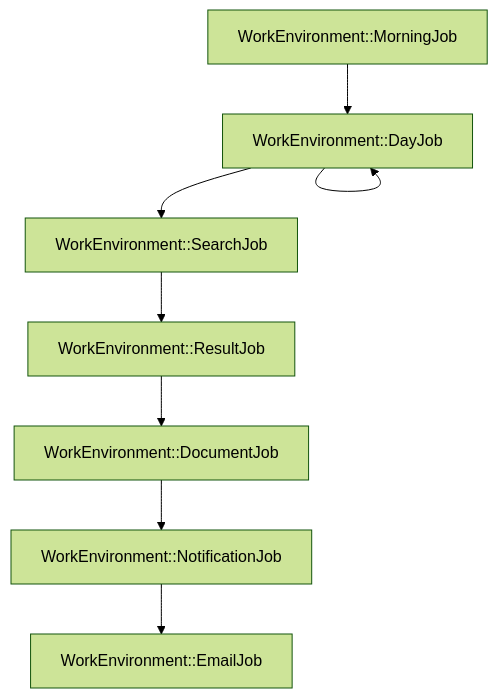
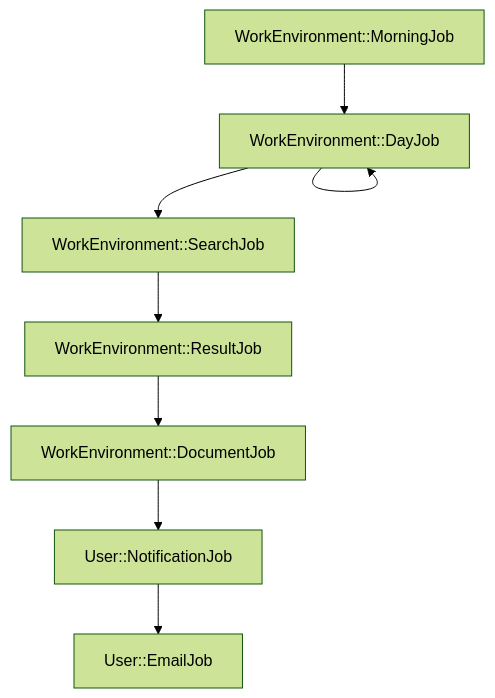
Before and after one commit to henrycatalinismith/666a.se: the diagram in app/pages/work-environment-jobs.en.md, drawn with Mermaid (forest theme). The commit also changed 32 other files, not shown here.

```diff
--- a/app/pages/work-environment-jobs.en.md
+++ b/app/pages/work-environment-jobs.en.md
@@ -9,11 +9,11 @@
   <pre class="mermaid">
   flowchart TD
       A[WorkEnvironment::MorningJob] -->  B
       B[WorkEnvironment::DayJob] --> B
       B[WorkEnvironment::DayJob] --> C
       C[WorkEnvironment::SearchJob] --> D
       D[WorkEnvironment::ResultJob] --> E
       E[WorkEnvironment::DocumentJob] --> F
-      F[WorkEnvironment::NotificationJob] --> G
-      G[WorkEnvironment::EmailJob]
+      F[User::NotificationJob] --> G
+      G[User::EmailJob]
   </pre>
```
